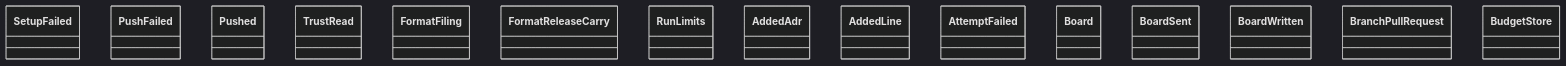
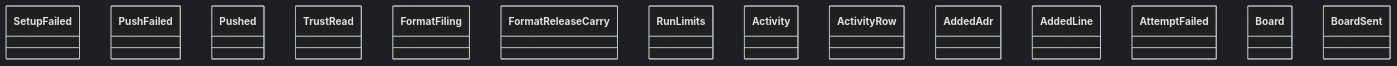
Before and after one commit to GonzaloZevallos/agentic-system: the diagram in docs/architecture/generated/classes-process-application-support-1.md, drawn with Mermaid (dark theme). The commit also changed other lines of this file and 20 other files, not shown here.

Commit message:
Regenerate the architecture docs for the notifier ports and FilesystemNotified

````diff
--- a/docs/architecture/generated/classes-process-application-support-1.md
+++ b/docs/architecture/generated/classes-process-application-support-1.md
@@ -20,18 +21,17 @@
 ```mermaid
 classDiagram
     class checkouts__SetupFailed["SetupFailed"]
     class ci_push__PushFailed["PushFailed"]
     class ci_push__Pushed["Pushed"]
     class ci_trust__TrustRead["TrustRead"]
     class format_issue__FormatFiling["FormatFiling"]
     class format_release__FormatReleaseCarry["FormatReleaseCarry"]
     class limits__RunLimits["RunLimits"]
+    class ports__Activity["Activity"]
+    class ports__ActivityRow["ActivityRow"]
     class ports__AddedAdr["AddedAdr"]
     class ports__AddedLine["AddedLine"]
     class ports__AttemptFailed["AttemptFailed"]
     class ports__Board["Board"]
     class ports__BoardSent["BoardSent"]
-    class ports__BoardWritten["BoardWritten"]
-    class ports__BranchPullRequest["BranchPullRequest"]
-    class ports__BudgetStore["BudgetStore"]
 ```
````
